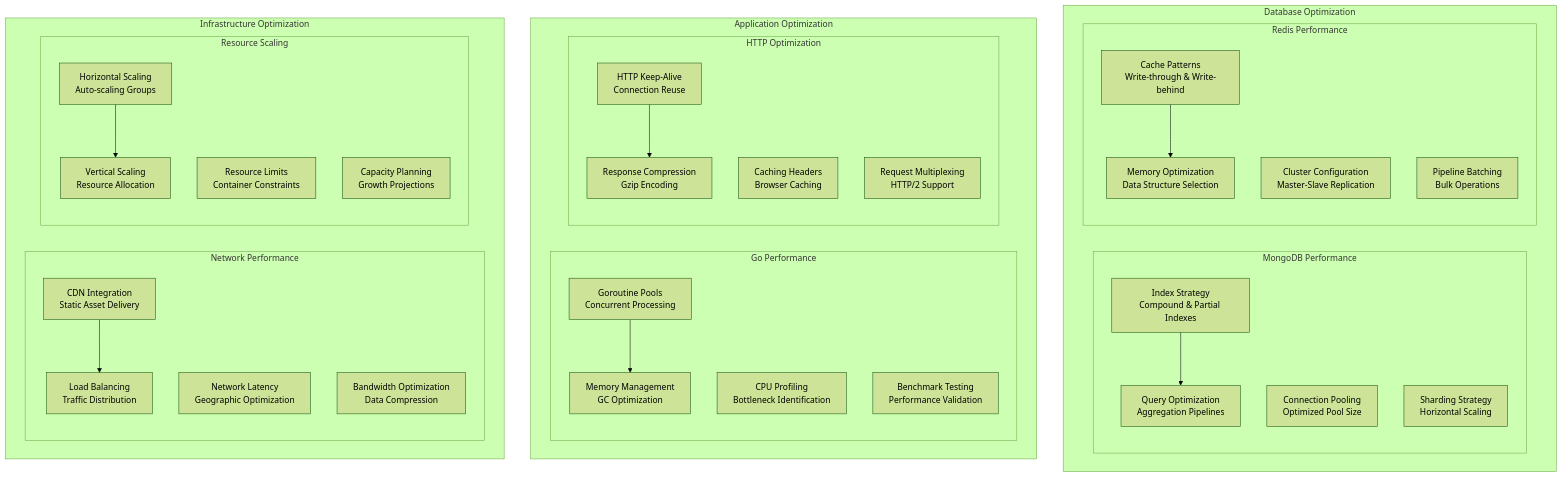
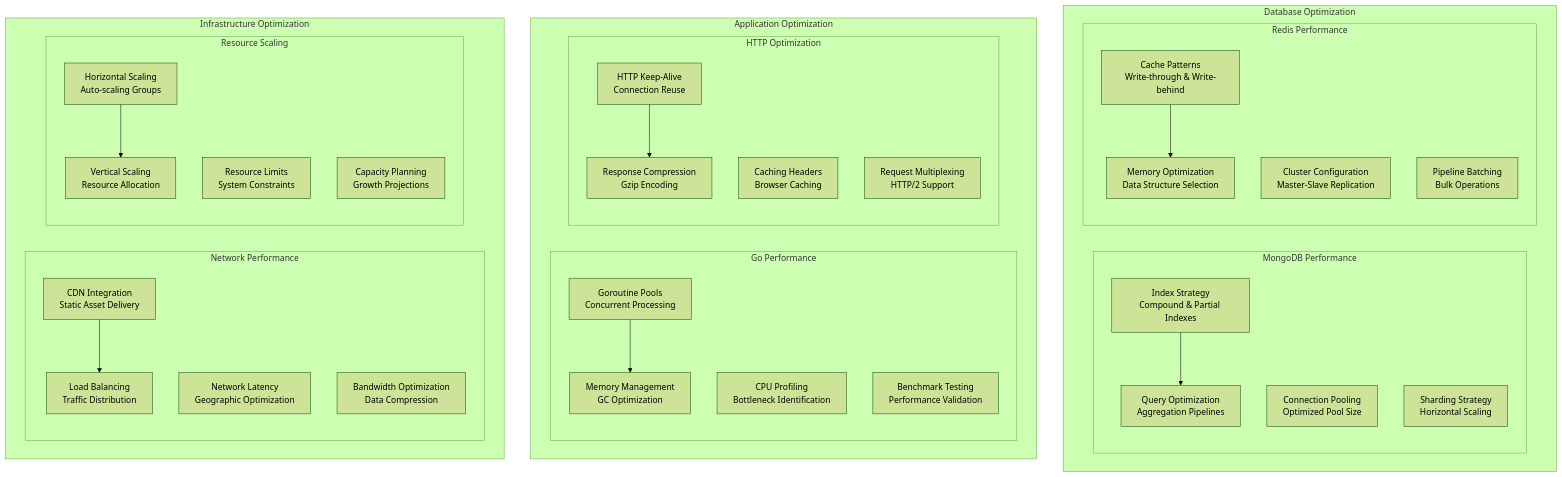
One commit to Vishwa0220/securaa-internal-documents changed diagram 12 of 17 in ZONA_USER_LLD.md. Above: the diagram before and after it, drawn with Mermaid (forest theme). The commit also changed other lines of this file and 1 other file, not shown here.

````diff
--- a/ZONA_USER_LLD.md
+++ b/ZONA_USER_LLD.md
@@ -1019,58 +1119,58 @@
 ```mermaid
 graph TB
     subgraph "Database Optimization"
         subgraph "MongoDB Performance"
             INDEX_STRATEGY[Index Strategy<br/>Compound & Partial Indexes]
             QUERY_OPTIMIZATION[Query Optimization<br/>Aggregation Pipelines]
             CONNECTION_POOLING[Connection Pooling<br/>Optimized Pool Size]
             SHARDING_STRATEGY[Sharding Strategy<br/>Horizontal Scaling]
         end
         
         subgraph "Redis Performance"
             CACHE_PATTERNS[Cache Patterns<br/>Write-through & Write-behind]
             MEMORY_OPTIMIZATION[Memory Optimization<br/>Data Structure Selection]
             CLUSTER_CONFIG[Cluster Configuration<br/>Master-Slave Replication]
             PIPELINE_BATCHING[Pipeline Batching<br/>Bulk Operations]
         end
     end
     
     subgraph "Application Optimization"
         subgraph "Go Performance"
             GOROUTINE_POOLS[Goroutine Pools<br/>Concurrent Processing]
             MEMORY_MANAGEMENT[Memory Management<br/>GC Optimization]
             CPU_PROFILING[CPU Profiling<br/>Bottleneck Identification]
             BENCHMARK_TESTING[Benchmark Testing<br/>Performance Validation]
         end
         
         subgraph "HTTP Optimization"
             KEEP_ALIVE[HTTP Keep-Alive<br/>Connection Reuse]
             COMPRESSION[Response Compression<br/>Gzip Encoding]
             CACHING_HEADERS[Caching Headers<br/>Browser Caching]
             REQUEST_MULTIPLEXING[Request Multiplexing<br/>HTTP/2 Support]
         end
     end
     
     subgraph "Infrastructure Optimization"
         subgraph "Network Performance"
             CDN_INTEGRATION[CDN Integration<br/>Static Asset Delivery]
             LOAD_BALANCING[Load Balancing<br/>Traffic Distribution]
             NETWORK_LATENCY[Network Latency<br/>Geographic Optimization]
             BANDWIDTH_OPTIMIZATION[Bandwidth Optimization<br/>Data Compression]
         end
         
         subgraph "Resource Scaling"
             HORIZONTAL_SCALING[Horizontal Scaling<br/>Auto-scaling Groups]
             VERTICAL_SCALING[Vertical Scaling<br/>Resource Allocation]
-            RESOURCE_LIMITS[Resource Limits<br/>Container Constraints]
+            RESOURCE_LIMITS[Resource Limits<br/>System Constraints]
             CAPACITY_PLANNING[Capacity Planning<br/>Growth Projections]
         end
     end
     
     %% Optimization Dependencies
     INDEX_STRATEGY --> QUERY_OPTIMIZATION
     CACHE_PATTERNS --> MEMORY_OPTIMIZATION
     GOROUTINE_POOLS --> MEMORY_MANAGEMENT
     KEEP_ALIVE --> COMPRESSION
     CDN_INTEGRATION --> LOAD_BALANCING
     HORIZONTAL_SCALING --> VERTICAL_SCALING
 ```
````
